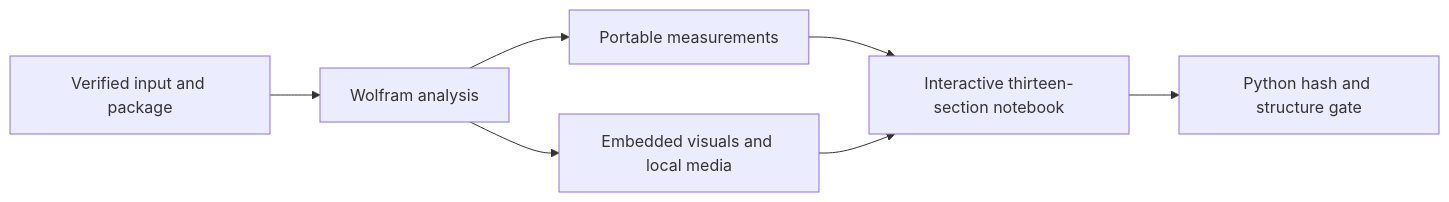
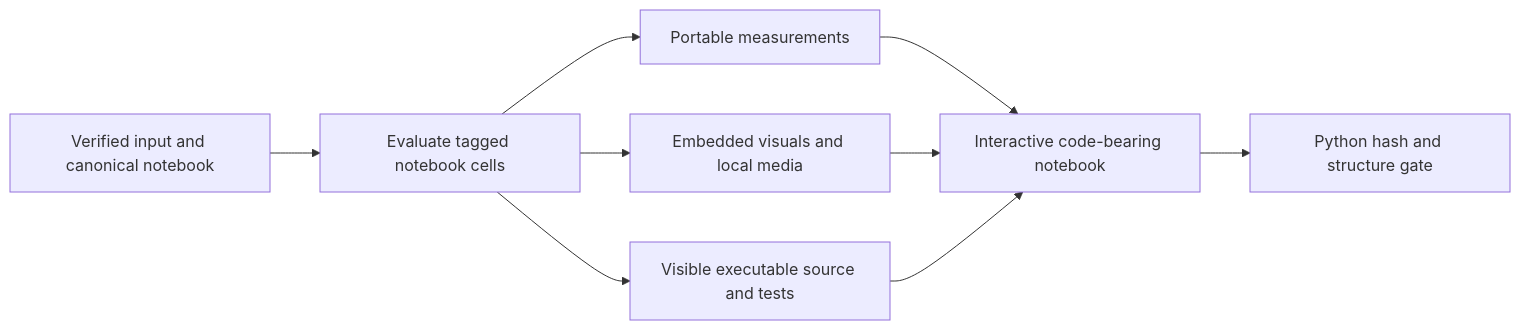
One commit to KG-khangelani/babelapha changed the diagram in Documentation/mathematica/notebook-sections.md. Above: the diagram before and after it, drawn with Mermaid. The commit also changed other lines of this file and 10 other files, not shown here.

````diff
--- a/Documentation/mathematica/notebook-sections.md
+++ b/Documentation/mathematica/notebook-sections.md
@@ -11,9 +12,11 @@
 ```mermaid
 flowchart LR
-    I[Verified input and package] --> A[Wolfram analysis]
+    I[Verified input and canonical notebook] --> A[Evaluate tagged notebook cells]
     A --> M[Portable measurements]
     A --> V[Embedded visuals and local media]
-    M --> N[Interactive thirteen-section notebook]
+    A --> C[Visible executable source and tests]
+    M --> N[Interactive code-bearing notebook]
     V --> N
+    C --> N
     N --> G[Python hash and structure gate]
 ```
````
